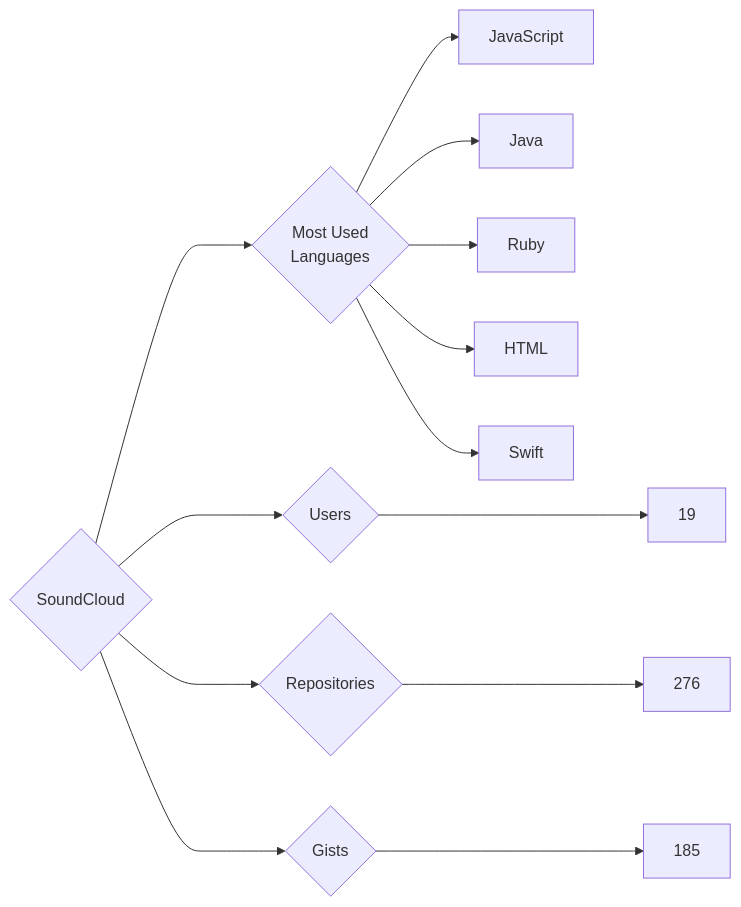
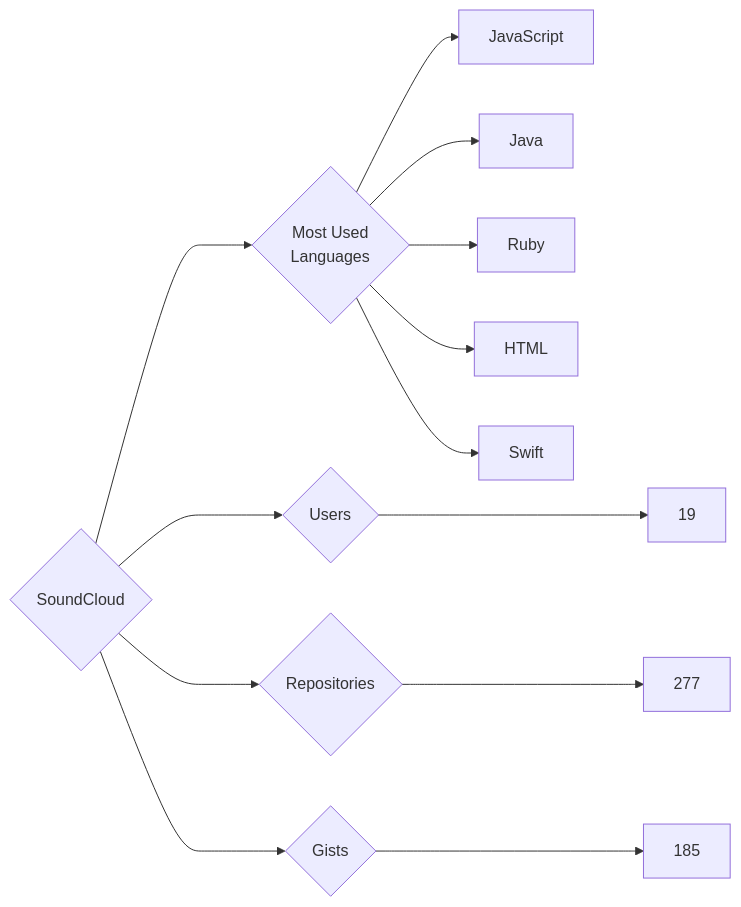
Before and after one commit to trickest/insiders: the diagram in targets/SoundCloud/README.md, drawn with Mermaid. The commit also changed 920 other files, not shown here.

````diff
--- a/targets/SoundCloud/README.md
+++ b/targets/SoundCloud/README.md
@@ -3,13 +3,13 @@
 ```mermaid
 graph LR
 COMPANY_NAME{SoundCloud}
 COMPANY_NAME ---> U{Users} ---> UN[19]
-COMPANY_NAME ---> R{Repositories} ---> RN[276]
+COMPANY_NAME ---> R{Repositories} ---> RN[277]
 COMPANY_NAME ---> G{Gists} ---> GN[185]
 COMPANY_NAME ---> ML{Most Used<br>Languages}
 ML --> JavaScript[JavaScript]
 ML --> Java[Java]
 ML --> Ruby[Ruby]
 ML --> HTML[HTML]
 ML --> Swift[Swift]
 ```
````
